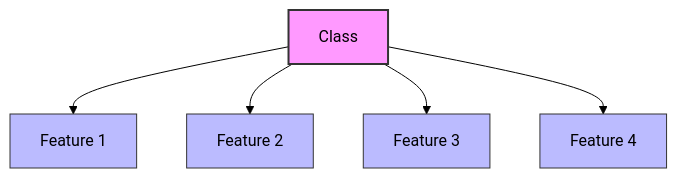
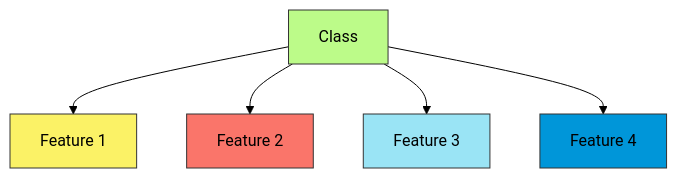
Before and after one commit to Chaklader/part-of-speech-tagging: the first of 4 diagrams in C_3.md, drawn with Mermaid (forest theme). The commit also changed other lines of this file, not shown here.

````diff
--- a/C_3.md
+++ b/C_3.md
@@ -68,13 +68,13 @@
 ```mermaid
 graph TD
     C[Class] --> F1[Feature 1]
     C --> F2[Feature 2]
     C --> F3[Feature 3]
     C --> F4[Feature 4]
 
-    style C fill:#f9f,stroke:#333,stroke-width:2px
-    style F1 fill:#bbf,stroke:#333,stroke-width:1px
-    style F2 fill:#bbf,stroke:#333,stroke-width:1px
-    style F3 fill:#bbf,stroke:#333,stroke-width:1px
-    style F4 fill:#bbf,stroke:#333,stroke-width:1px
+    style C fill:#BCFB89,stroke:#333,stroke-width:1px
+    style F1 fill:#FBF266,stroke:#333,stroke-width:1px
+    style F2 fill:#FA756A,stroke:#333,stroke-width:1px
+    style F3 fill:#9AE4F5,stroke:#333,stroke-width:1px
+    style F4 fill:#0096D9,stroke:#333,stroke-width:1px
 ```
````
